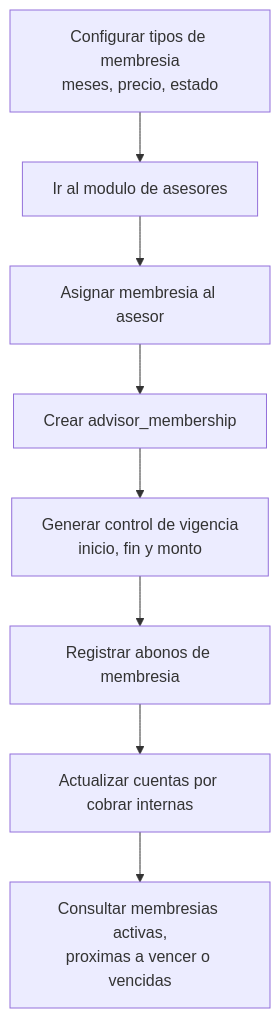
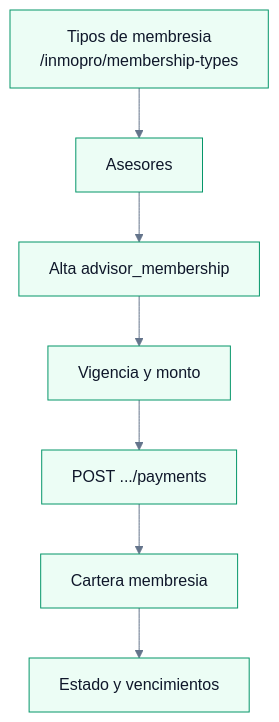
One commit to abitae/crm_lotes changed the tenth of 20 diagrams in docs/GRAFICO_PROCESOS_SISTEMA.md. Above: the diagram before and after it, drawn with Mermaid. The commit also changed other lines of this file and 54 other files, not shown here.

````diff
--- a/docs/GRAFICO_PROCESOS_SISTEMA.md
+++ b/docs/GRAFICO_PROCESOS_SISTEMA.md
@@ -229,10 +261,10 @@
 ```mermaid
+%%{init: {'theme':'base', 'themeVariables': {'primaryColor':'#ecfdf5','primaryTextColor':'#0f172a','primaryBorderColor':'#059669','lineColor':'#64748b','secondaryColor':'#f1f5f9','tertiaryColor':'#ffffff'}}}%%
 flowchart TB
-    configTypes["Configurar tipos de membresia\nmeses, precio, estado"] --> advisors["Ir al modulo de asesores"]
-    advisors --> assignMembership["Asignar membresia al asesor"]
-    assignMembership --> membershipRecord["Crear advisor_membership"]
-    membershipRecord --> schedule["Generar control de vigencia\ninicio, fin y monto"]
-    schedule --> payments["Registrar abonos de membresia"]
-    payments --> receivables["Actualizar cuentas por cobrar internas"]
-    receivables --> reviewAdvisor["Consultar membresias activas,\nproximas a vencer o vencidas"]
+    configTypes["Tipos de membresia\n/inmopro/membership-types"] --> advisors["Asesores"]
+    advisors --> assignMembership["Alta advisor_membership"]
+    assignMembership --> membershipRecord["Vigencia y monto"]
+    membershipRecord --> payments["POST .../payments"]
+    payments --> receivables["Cartera membresia"]
+    receivables --> reviewAdvisor["Estado y vencimientos"]
 ```
````
